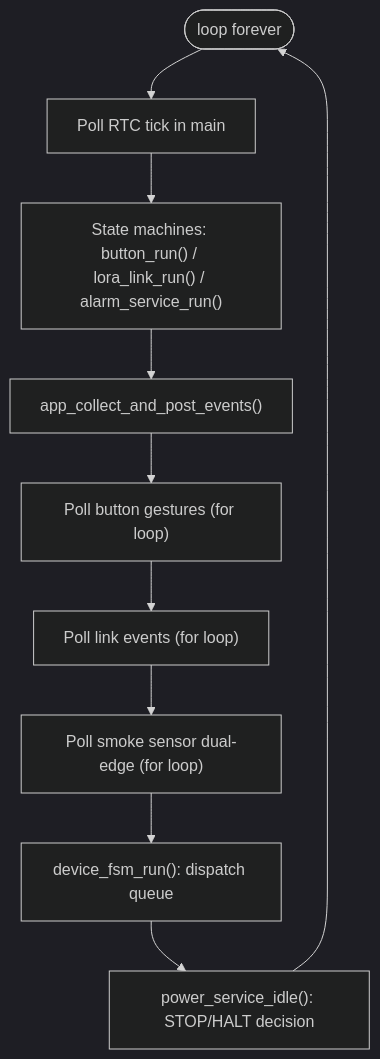
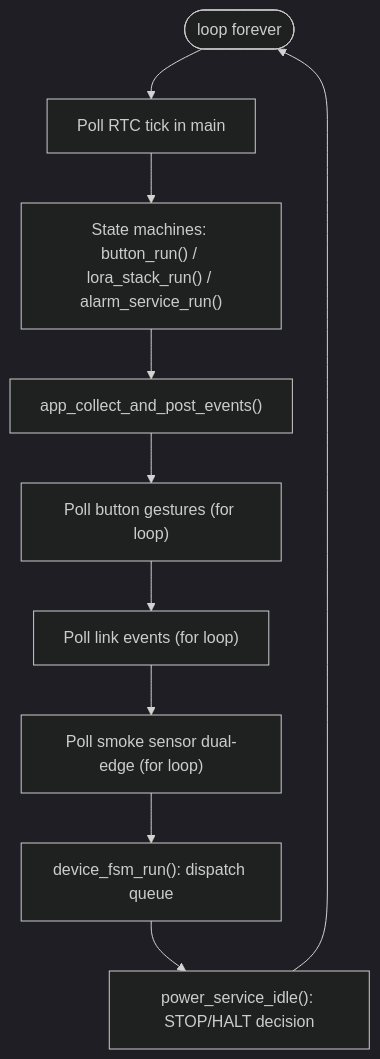
The second of 11 diagrams in EMIC_LORA_PROTOCOL/docs/main_runtime_flow.md (vuvantruong120896/emic_lora_protocol), drawn with Mermaid (dark theme) before and after one commit. The commit also changed other lines of this file and 79 other files, not shown here.

````diff
--- a/EMIC_LORA_PROTOCOL/docs/main_runtime_flow.md
+++ b/EMIC_LORA_PROTOCOL/docs/main_runtime_flow.md
@@ -70,12 +68,12 @@
 ```mermaid
 flowchart TD
   L0(["loop forever"]) --> TICK["Poll RTC tick in main"]
-  TICK --> FSM["State machines: button_run() / lora_link_run() / alarm_service_run()"]
+  TICK --> FSM["State machines: button_run() / lora_stack_run() / alarm_service_run()"]
   FSM --> COLLECT["app_collect_and_post_events()"]
   COLLECT --> COLLECT_BTN["Poll button gestures (for loop)"]
   COLLECT_BTN --> COLLECT_LINK["Poll link events (for loop)"]
   COLLECT_LINK --> COLLECT_SMOKE["Poll smoke sensor dual-edge (for loop)"]
   COLLECT_SMOKE --> DISPATCH["device_fsm_run(): dispatch queue"]
   DISPATCH --> IDLE["power_service_idle(): STOP/HALT decision"]
   IDLE --> L0
 ```
````
